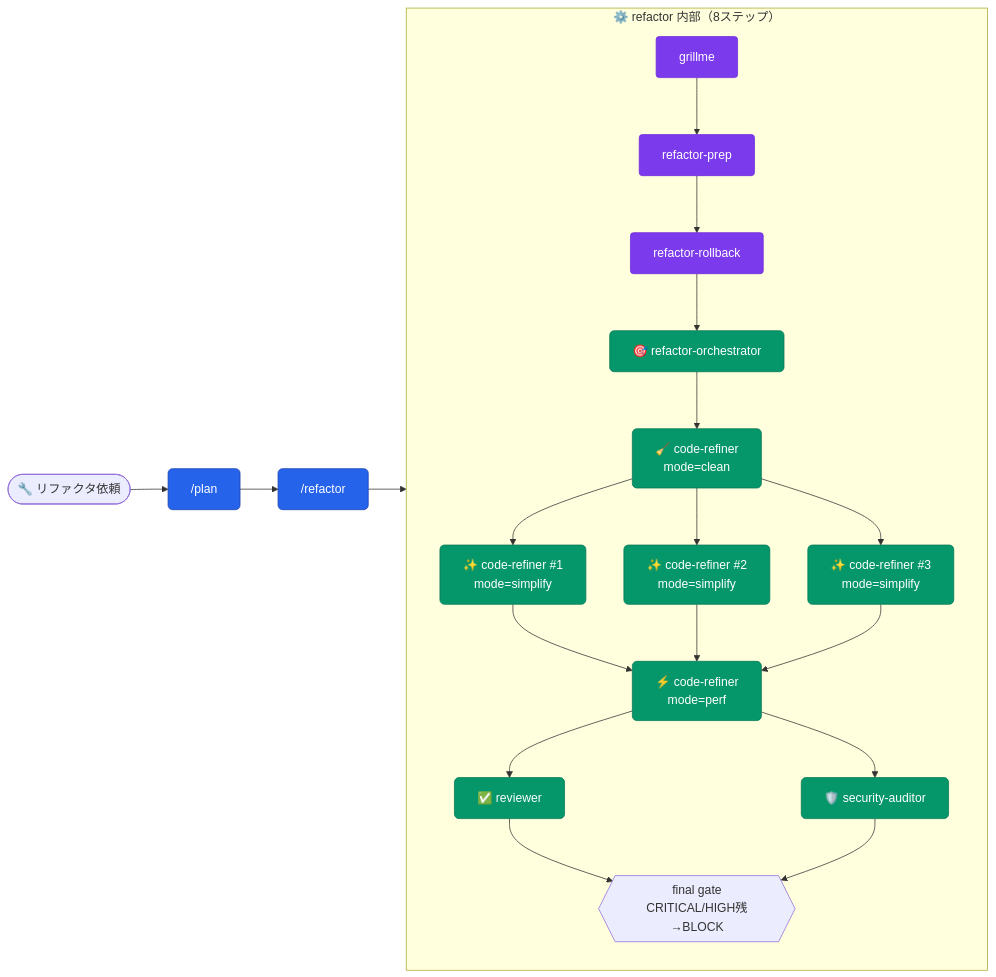
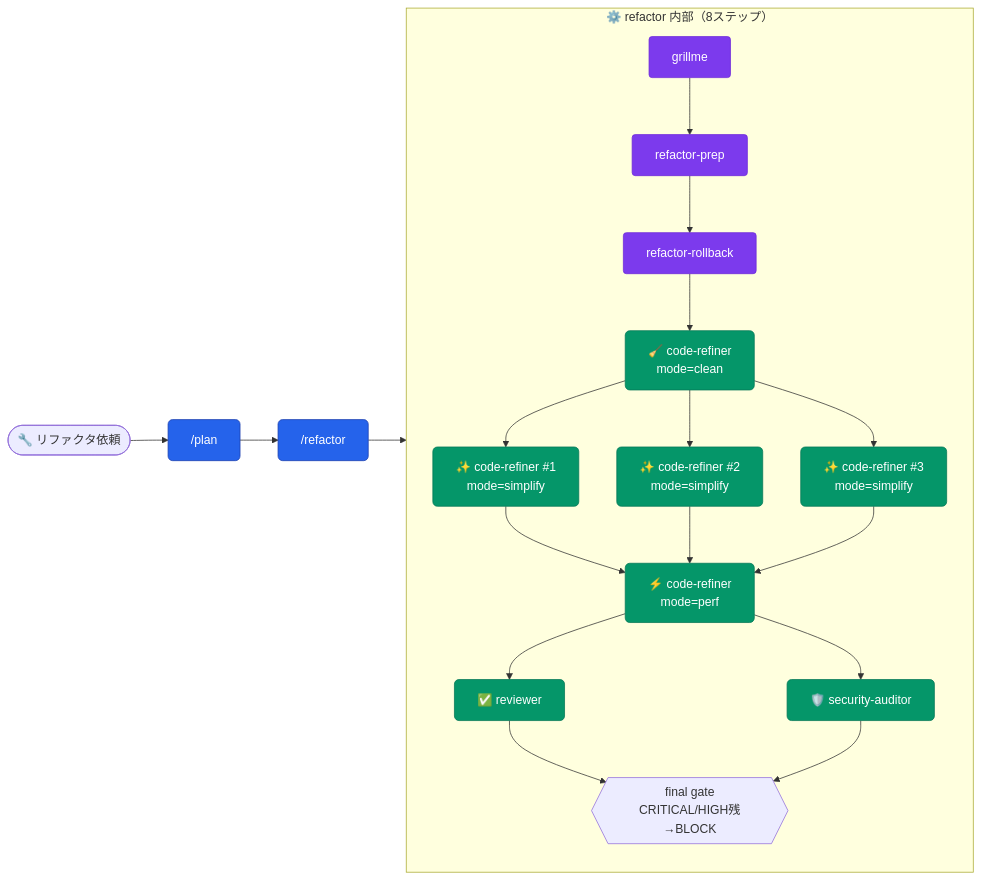
Before and after one commit to aokumablue/claq: the third of 12 diagrams in README.md, drawn with Mermaid. The commit also changed other lines of this file and 5 other files, not shown here.

````diff
--- a/README.md
+++ b/README.md
@@ -202,26 +202,25 @@
 ```mermaid
 flowchart LR
   classDef cmd    fill:#2563eb,stroke:#1e40af,color:#fff,rx:6
   classDef agent  fill:#059669,stroke:#047857,color:#fff,rx:6
   classDef skill  fill:#7c3aed,stroke:#6d28d9,color:#fff,rx:4
 
   U(["🔧 リファクタ依頼"]) --> CP["/plan"]:::cmd
   CP --> CREF["/refactor"]:::cmd
 
   subgraph refactor["⚙️ refactor 内部（8ステップ）"]
     direction TB
     SG["grillme"]:::skill --> SP["refactor-prep"]:::skill
     SP --> RB["refactor-rollback"]:::skill
-    RB --> RO["🎯 refactor-orchestrator"]:::agent
-    RO --> AC["🧹 code-refiner<br/>mode=clean"]:::agent
+    RB --> AC["🧹 code-refiner<br/>mode=clean"]:::agent
     AC --> ASI1["✨ code-refiner #1<br/>mode=simplify"]:::agent
     AC --> ASI2["✨ code-refiner #2<br/>mode=simplify"]:::agent
     AC --> ASI3["✨ code-refiner #3<br/>mode=simplify"]:::agent
     ASI1 & ASI2 & ASI3 --> AP["⚡ code-refiner<br/>mode=perf"]:::agent
     AP --> AR["✅ reviewer"]:::agent
     AP --> AS["🛡️ security-auditor"]:::agent
     AR & AS --> GATE{{"final gate<br/>CRITICAL/HIGH残→BLOCK"}}
   end
 
   CREF --> refactor
 ```
````
